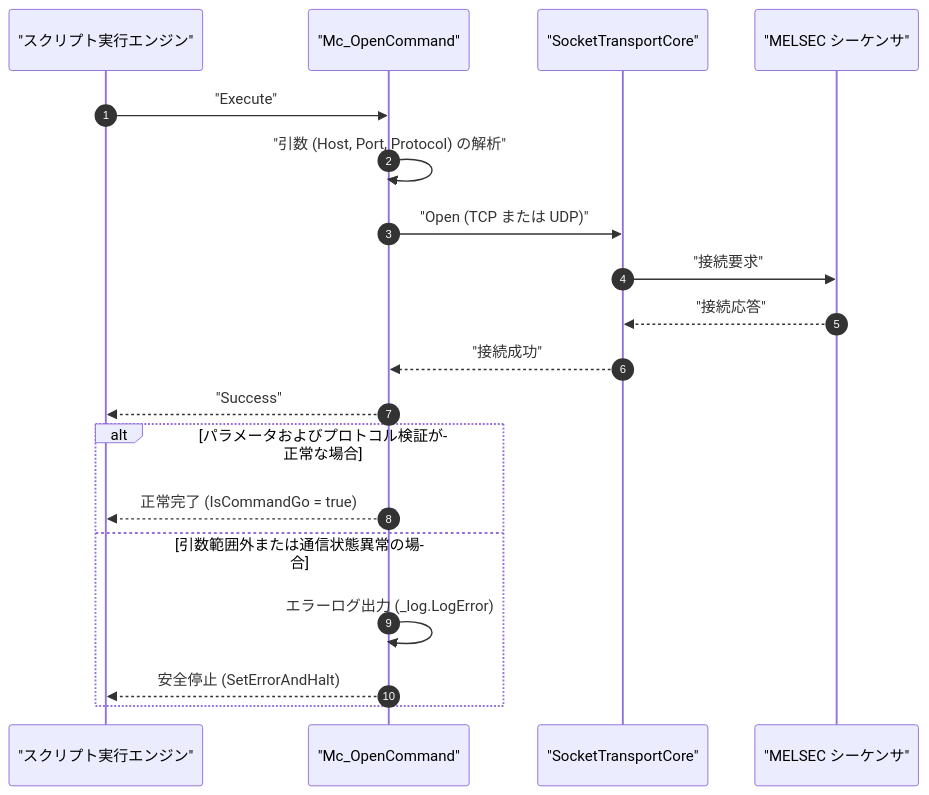
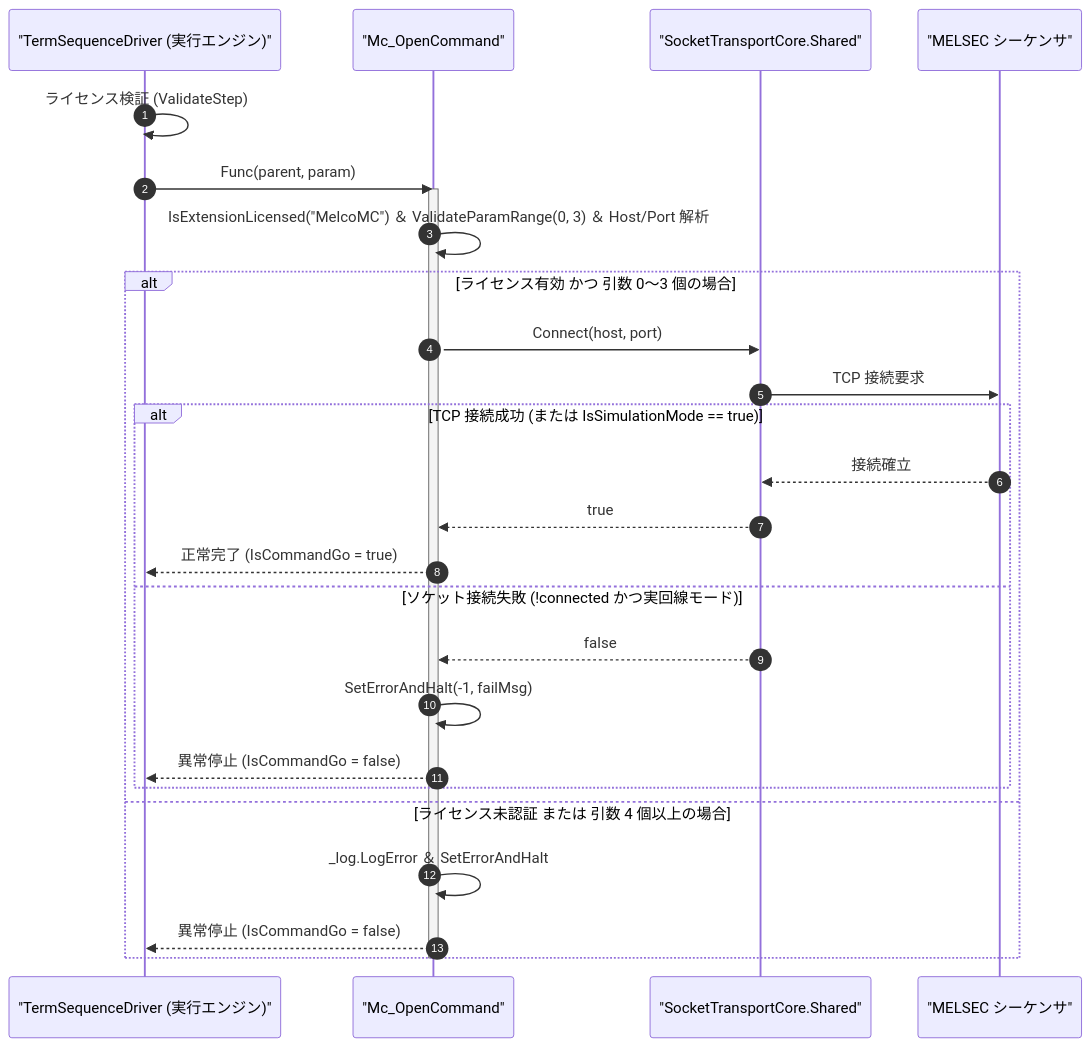
One commit to Monaca-App/TermAddIn changed the diagram in Manual/MelcoMC/Mc_Open.Md. Above: the diagram before and after it, drawn with Mermaid. The commit also changed other lines of this file and 157 other files, not shown here.

````diff
--- a/Manual/MelcoMC/Mc_Open.Md
+++ b/Manual/MelcoMC/Mc_Open.Md
@@ -67,22 +72,30 @@
 ```mermaid
 sequenceDiagram
     autonumber
-    participant Script as "スクリプト実行エンジン"
+    participant Driver as "TermSequenceDriver (実行エンジン)"
     participant Cmd as "Mc_OpenCommand"
-    participant Socket as "SocketTransportCore"
+    participant Socket as "SocketTransportCore.Shared"
     participant PLC as "MELSEC シーケンサ"
 
-    Script->>Cmd: "Execute"
-    Cmd->>Cmd: "引数 (Host, Port, Protocol) の解析"
-    Cmd->>Socket: "Open (TCP または UDP)"
-    Socket->>PLC: "接続要求"
-    PLC-->>Socket: "接続応答"
-    Socket-->>Cmd: "接続成功"
-    Cmd-->>Script: "Success"
-    alt パラメータおよびプロトコル検証が正常な場合
-        Cmd-->>Script: 正常完了 (IsCommandGo = true)
-    else 引数範囲外または通信状態異常の場合
-        Cmd->>Cmd: エラーログ出力 (_log.LogError)
-        Cmd-->>Script: 安全停止 (SetErrorAndHalt)
+    Driver->>Driver: ライセンス検証 (ValidateStep)
+    Driver->>Cmd: Func(parent, param)
+    activate Cmd
+    Cmd->>Cmd: IsExtensionLicensed("MelcoMC") ＆ ValidateParamRange(0, 3) ＆ Host/Port 解析
+    alt ライセンス有効 かつ 引数 0〜3 個の場合
+        Cmd->>Socket: Connect(host, port)
+        Socket->>PLC: TCP 接続要求
+        alt TCP 接続成功 (または IsSimulationMode == true)
+            PLC-->>Socket: 接続確立
+            Socket-->>Cmd: true
+            Cmd-->>Driver: 正常完了 (IsCommandGo = true)
+        else ソケット接続失敗 (!connected かつ実回線モード)
+            Socket-->>Cmd: false
+            Cmd->>Cmd: SetErrorAndHalt(-1, failMsg)
+            Cmd-->>Driver: 異常停止 (IsCommandGo = false)
+        end
+    else ライセンス未認証 または 引数 4 個以上の場合
+        Cmd->>Cmd: _log.LogError ＆ SetErrorAndHalt
+        Cmd-->>Driver: 異常停止 (IsCommandGo = false)
     end
+    deactivate Cmd
 ```
````
